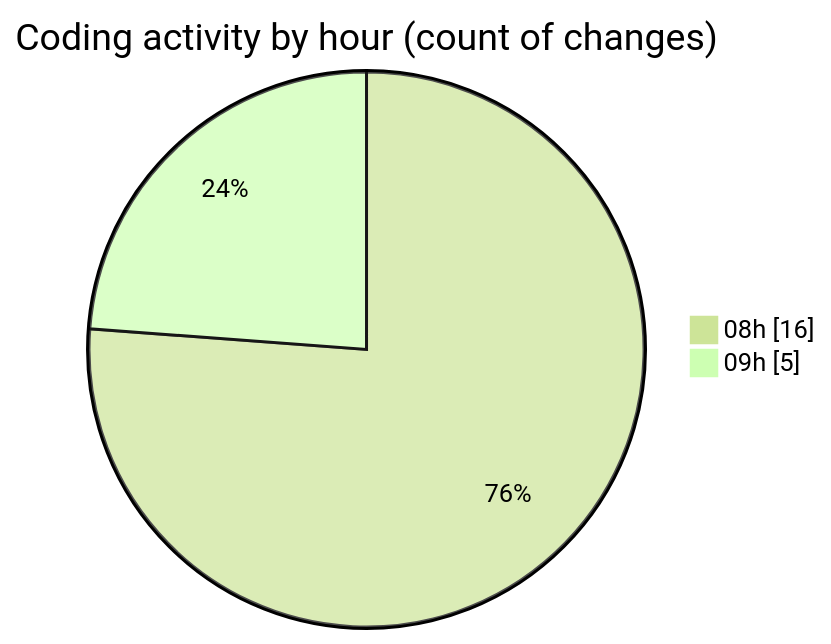
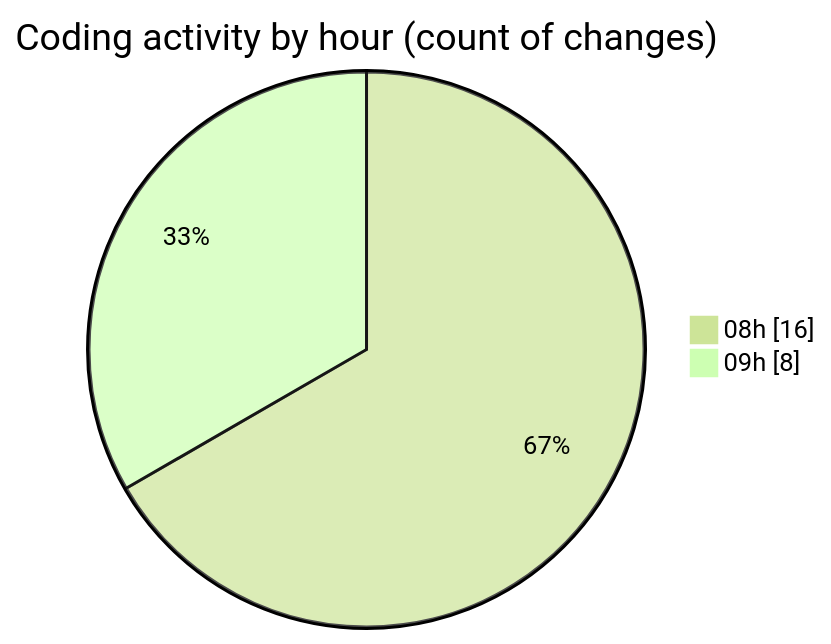
One commit to EIIisD/code-tracking changed the second of 2 diagrams in 2025-07-25/cutler/README.md. Above: the diagram before and after it, drawn with Mermaid (forest theme). The commit also changed other lines of this file and 1 other file, not shown here.

````diff
--- a/2025-07-25/cutler/README.md
+++ b/2025-07-25/cutler/README.md
@@ -39,6 +39,6 @@
 ```mermaid
 pie showData
 title Coding activity by hour (count of changes)
 "08h" : 16
-"09h" : 5
+"09h" : 8
 ```
````
